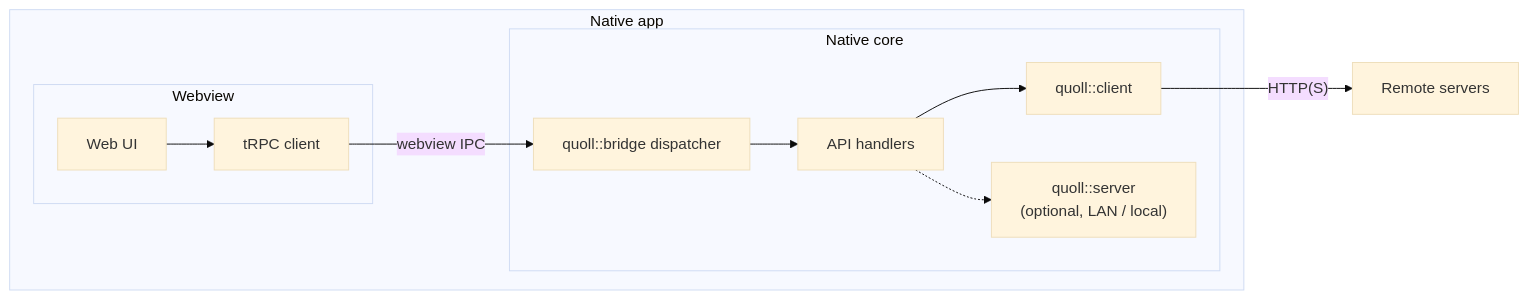
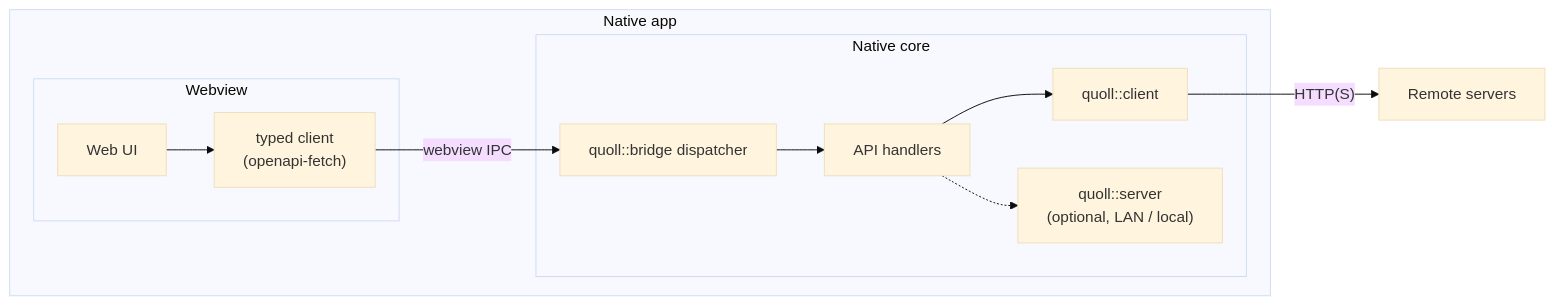
The fifth of 8 diagrams in docs/PLAN.md (4thlabs/quoll), drawn with Mermaid (base theme) before and after one commit. The commit also changed other lines of this file and 2 other files, not shown here.

First line of the commit message:
Plan: OpenAPI instead of tRPC for the TypeScript side

````diff
--- a/docs/PLAN.md
+++ b/docs/PLAN.md
@@ -178,15 +176,15 @@
 ```mermaid
 flowchart LR
   subgraph app3["Native app"]
     subgraph wv["Webview"]
-      ui3["Web UI"] --> ts3["tRPC client"]
+      ui3["Web UI"] --> ts3["typed client<br/>(openapi-fetch)"]
     end
     subgraph core3["Native core"]
       d3["quoll::bridge dispatcher"] --> h3["API handlers"]
       h3 --> c3["quoll::client"]
       h3 -.-> s3["quoll::server<br/>(optional, LAN / local)"]
     end
     ts3 -- "webview IPC" --> d3
   end
   c3 -- "HTTP(S)" --> ext3["Remote servers"]
 ```
````
